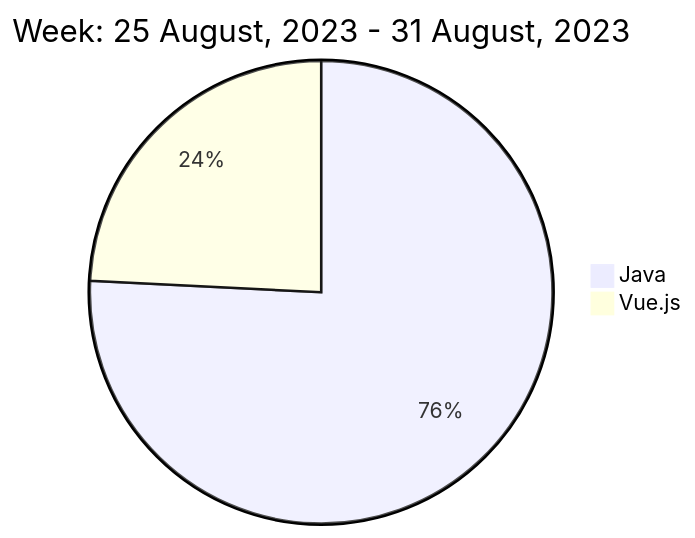
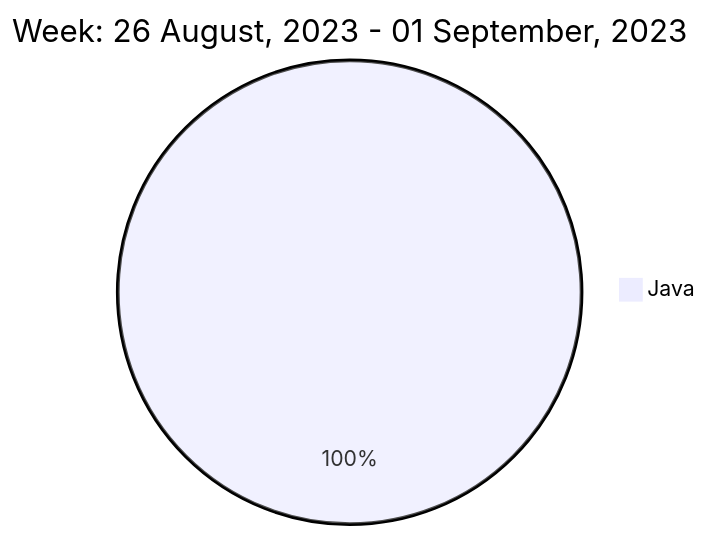
The diagram in README.md (liubin95/liubin95), drawn with Mermaid before and after one commit.

Commit message:
Updated the Graph with new Metrics

````diff
--- a/README.md
+++ b/README.md
@@ -40,6 +40,5 @@
 ```mermaid
  pie
-title Week: 25 August, 2023 - 31 August, 2023
- "Java" : 6.48
- "Vue.js" : 2.07
+title Week: 26 August, 2023 - 01 September, 2023
+ "Java" : 5.8
 ```
````
